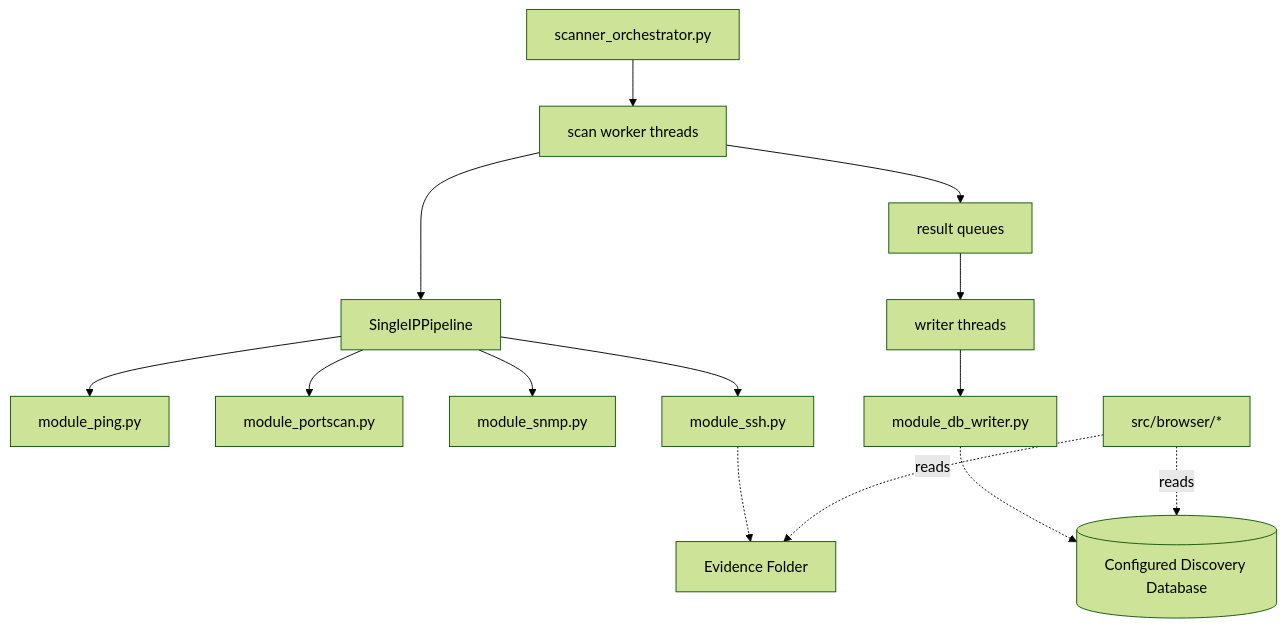
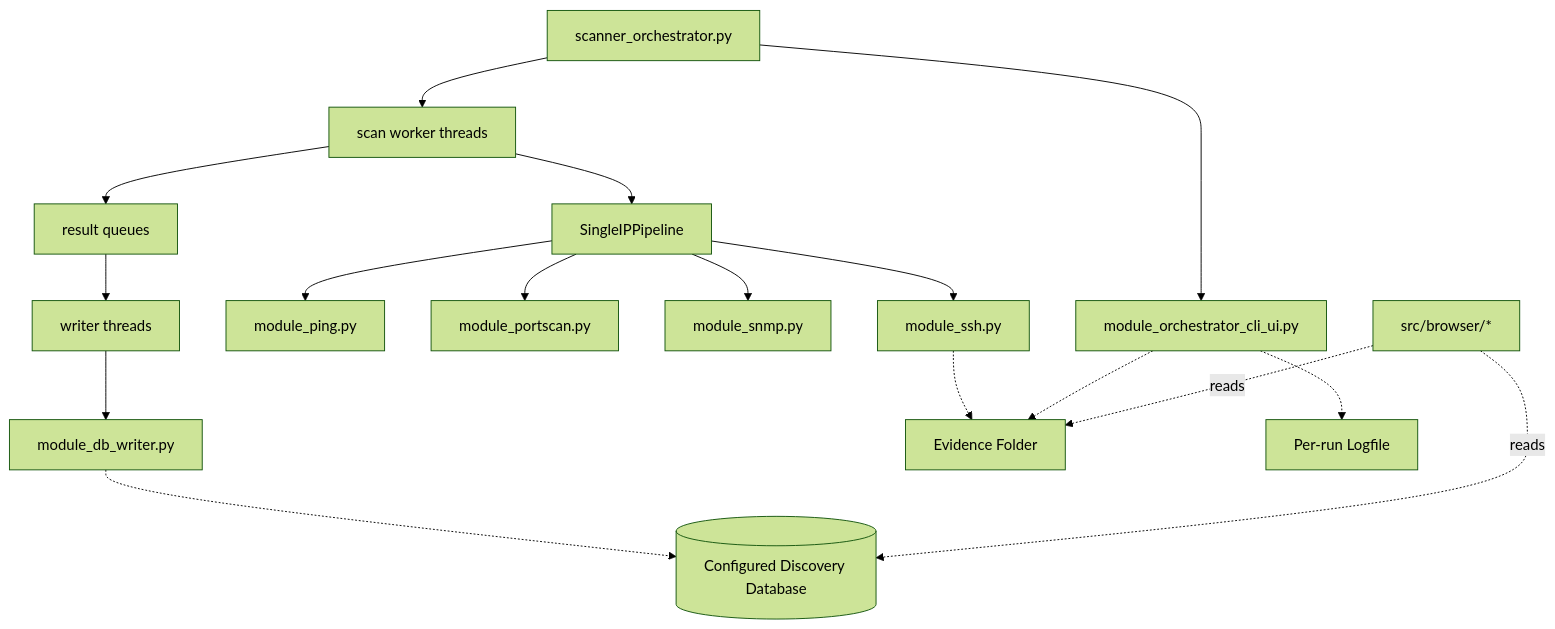
One commit to brillb/network-discovery-scanner changed the diagram in docs/architecture.md. Above: the diagram before and after it, drawn with Mermaid (forest theme). The commit also changed other lines of this file and 4 other files, not shown here.

````diff
--- a/docs/architecture.md
+++ b/docs/architecture.md
@@ -124,16 +138,19 @@
 ```mermaid
 graph TD
-    A[scanner_orchestrator.py] --> B[scan worker threads]
-    B --> C[SingleIPPipeline]
-    C --> D[module_ping.py]
-    C --> E[module_portscan.py]
-    C --> F[module_snmp.py]
-    C --> G[module_ssh.py]
-    B --> H[result queues]
-    H --> I[writer threads]
-    I --> J[module_db_writer.py]
-    J -.-> K[(Configured Discovery Database)]
-    G -.-> L[Evidence Folder]
-    M[src/browser/*] -.reads.-> K
-    M -.reads.-> L
+    A[scanner_orchestrator.py] --> B[module_orchestrator_cli_ui.py]
+    A --> C[scan worker threads]
+    C --> D[SingleIPPipeline]
+    D --> E[module_ping.py]
+    D --> F[module_portscan.py]
+    D --> G[module_snmp.py]
+    D --> H[module_ssh.py]
+    C --> I[result queues]
+    I --> J[writer threads]
+    J --> K[module_db_writer.py]
+    K -.-> L[(Configured Discovery Database)]
+    H -.-> M[Evidence Folder]
+    B -.-> M
+    B -.-> N[Per-run Logfile]
+    O[src/browser/*] -.reads.-> L
+    O -.reads.-> M
 ```
````
